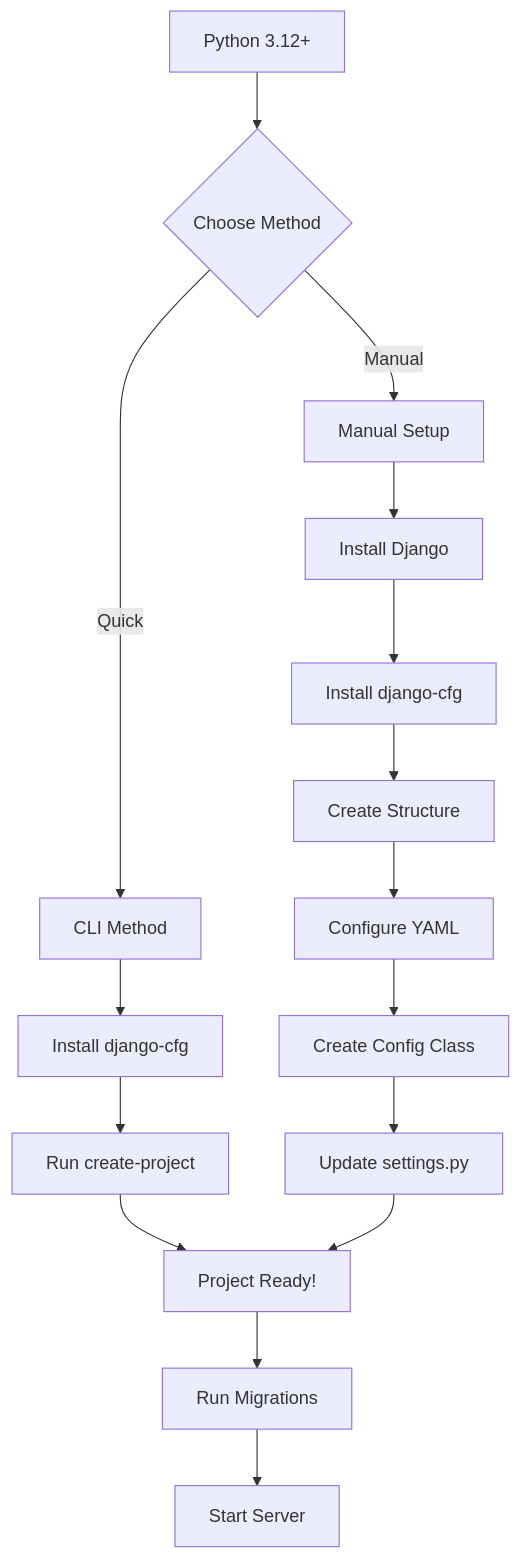
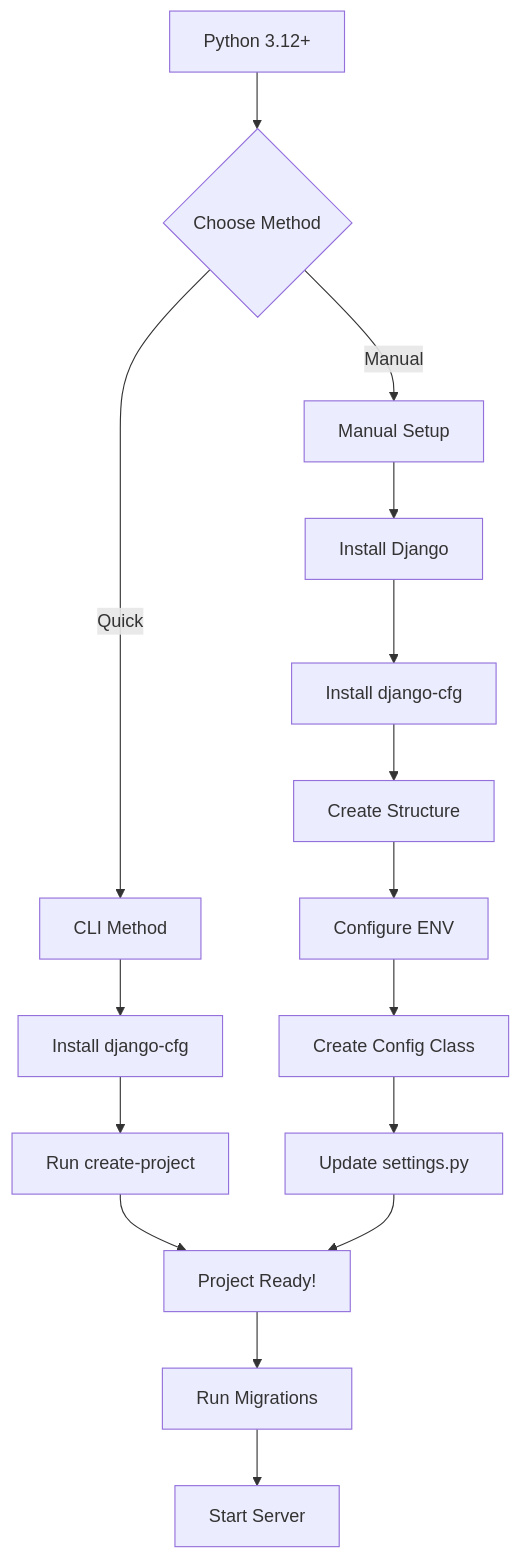
Before and after one commit to markolofsen/django-cfg: the diagram in docs/getting-started/installation.md, drawn with Mermaid. The commit also changed other lines of this file and 3855 other files, not shown here.

````diff
--- a/docs/getting-started/installation.md
+++ b/docs/getting-started/installation.md
@@ -39,23 +39,23 @@
 ```mermaid
 graph TB
     A[Python 3.12+] --> B{Choose Method}
 
     B -->|Quick| C[CLI Method]
     B -->|Manual| D[Manual Setup]
 
     C --> C1[Install django-cfg]
     C1 --> C2[Run create-project]
 
     D --> D1[Install Django]
     D1 --> D2[Install django-cfg]
     D2 --> D3[Create Structure]
-    D3 --> D4[Configure YAML]
+    D3 --> D4[Configure ENV]
     D4 --> D5[Create Config Class]
     D5 --> D6[Update settings.py]
 
     C2 --> C3[Project Ready!]
     D6 --> C3
 
     C3 --> E[Run Migrations]
     E --> F[Start Server]
 ```
````
